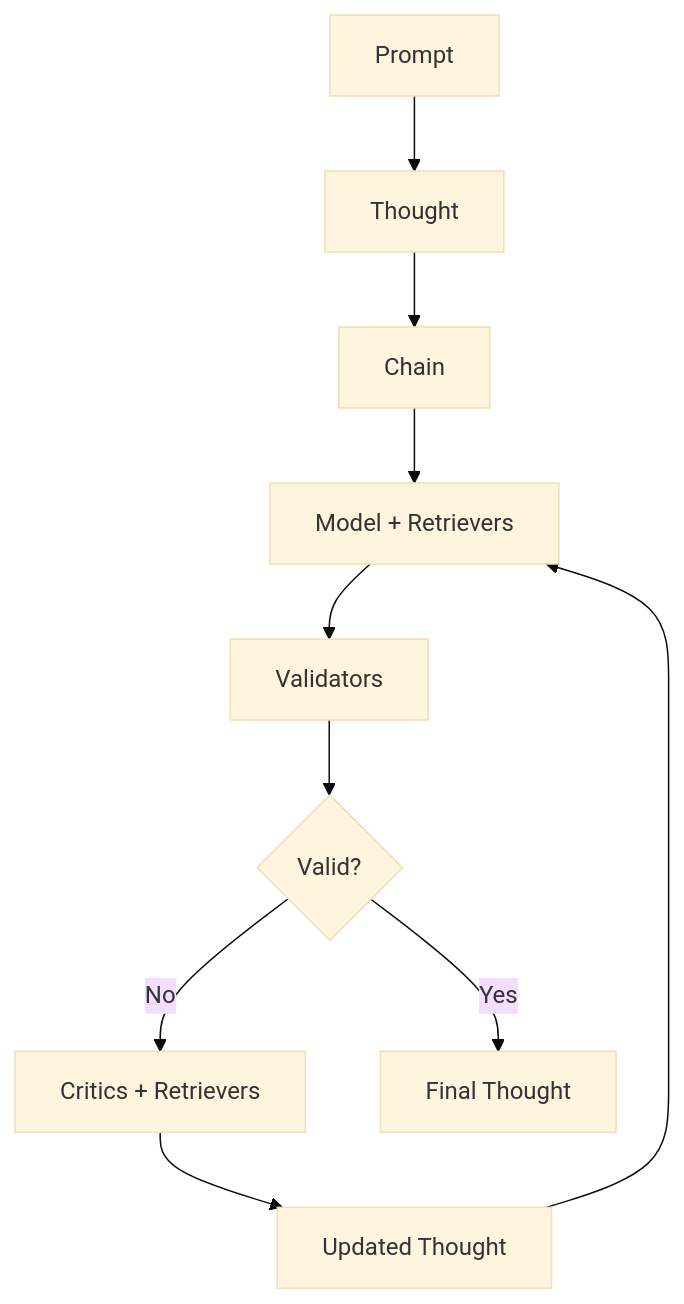
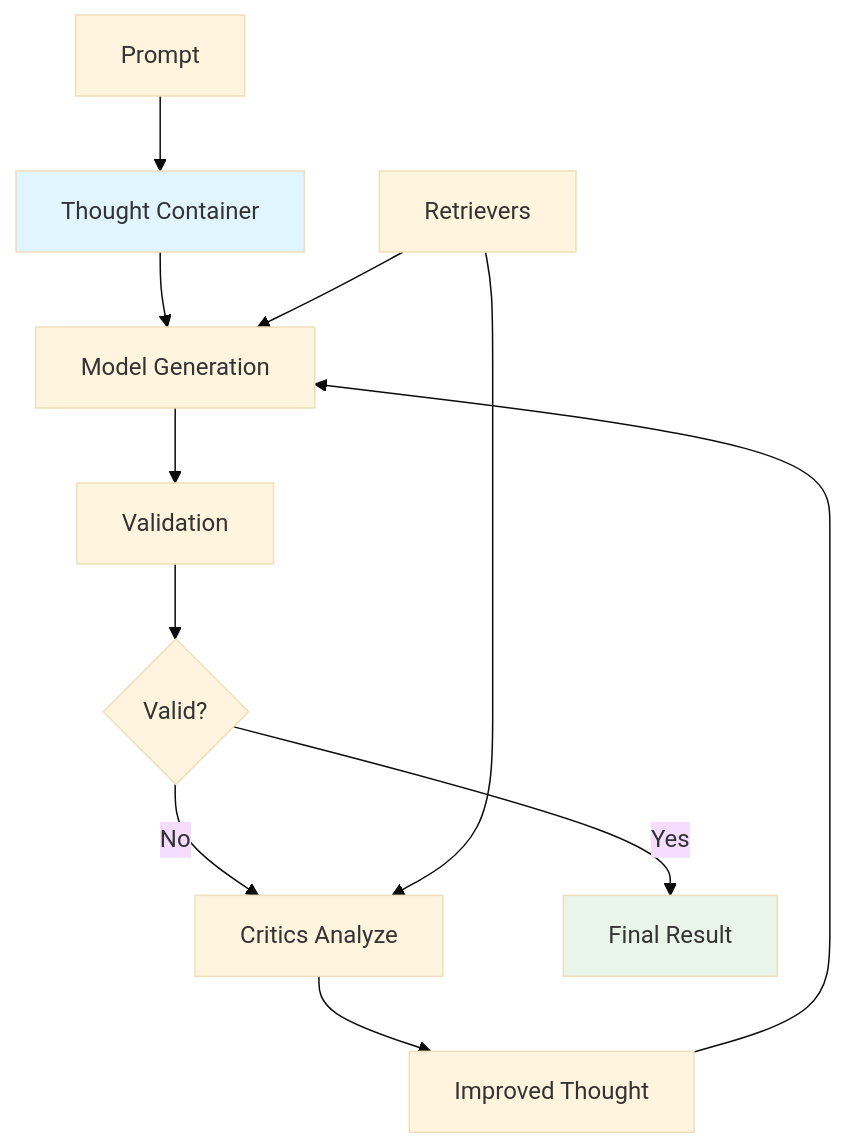
One commit to sifaka-ai/sifaka changed the diagram in README.md. Above: the diagram before and after it, drawn with Mermaid (base theme). The commit also changed other lines of this file and 99 other files, not shown here.

````diff
--- a/README.md
+++ b/README.md
@@ -28,12 +42,17 @@
 ```mermaid
 graph TD
-    A[Prompt] --> B[Thought]
-    B --> C[Chain]
-    C --> D[Model + Retrievers]
-    D --> E[Validators]
-    E --> F{Valid?}
-    F -->|No| G[Critics + Retrievers]
-    G --> H[Updated Thought]
-    H --> D
-    F -->|Yes| I[Final Thought]
+    A[Prompt] --> B[Thought Container]
+    B --> C[Model Generation]
+    C --> D[Validation]
+    D --> E{Valid?}
+    E -->|No| F[Critics Analyze]
+    F --> G[Improved Thought]
+    G --> C
+    E -->|Yes| H[Final Result]
+
+    I[Retrievers] --> C
+    I --> F
+
+    style B fill:#e1f5fe
+    style H fill:#e8f5e8
 ```
````
